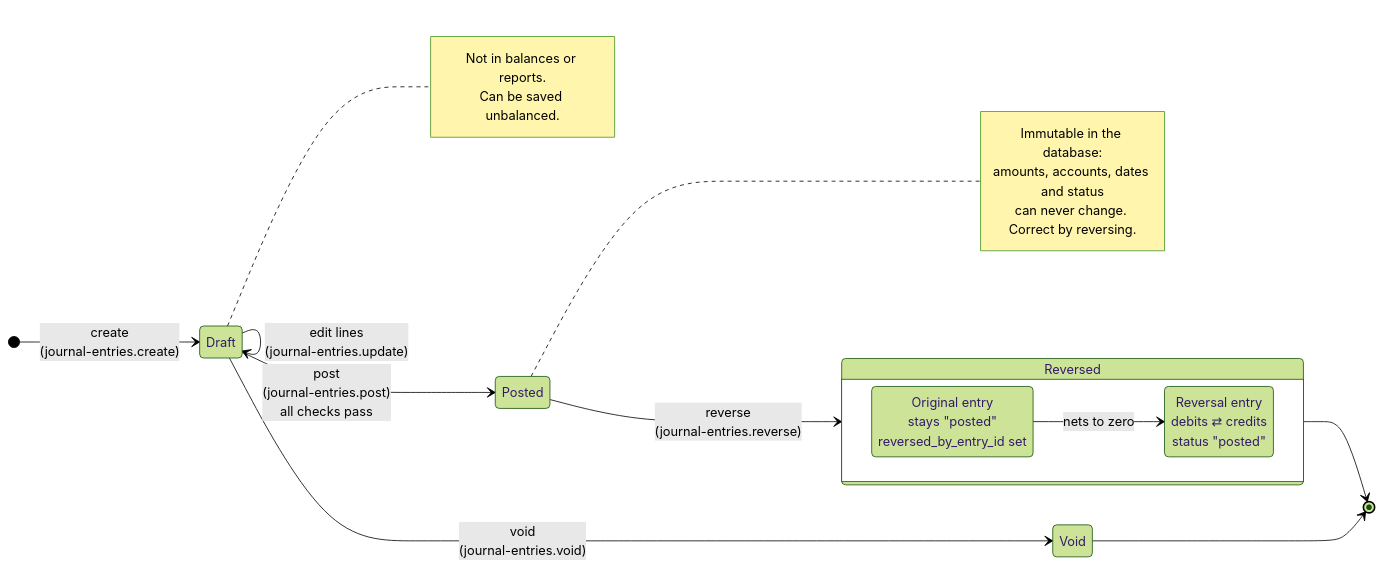
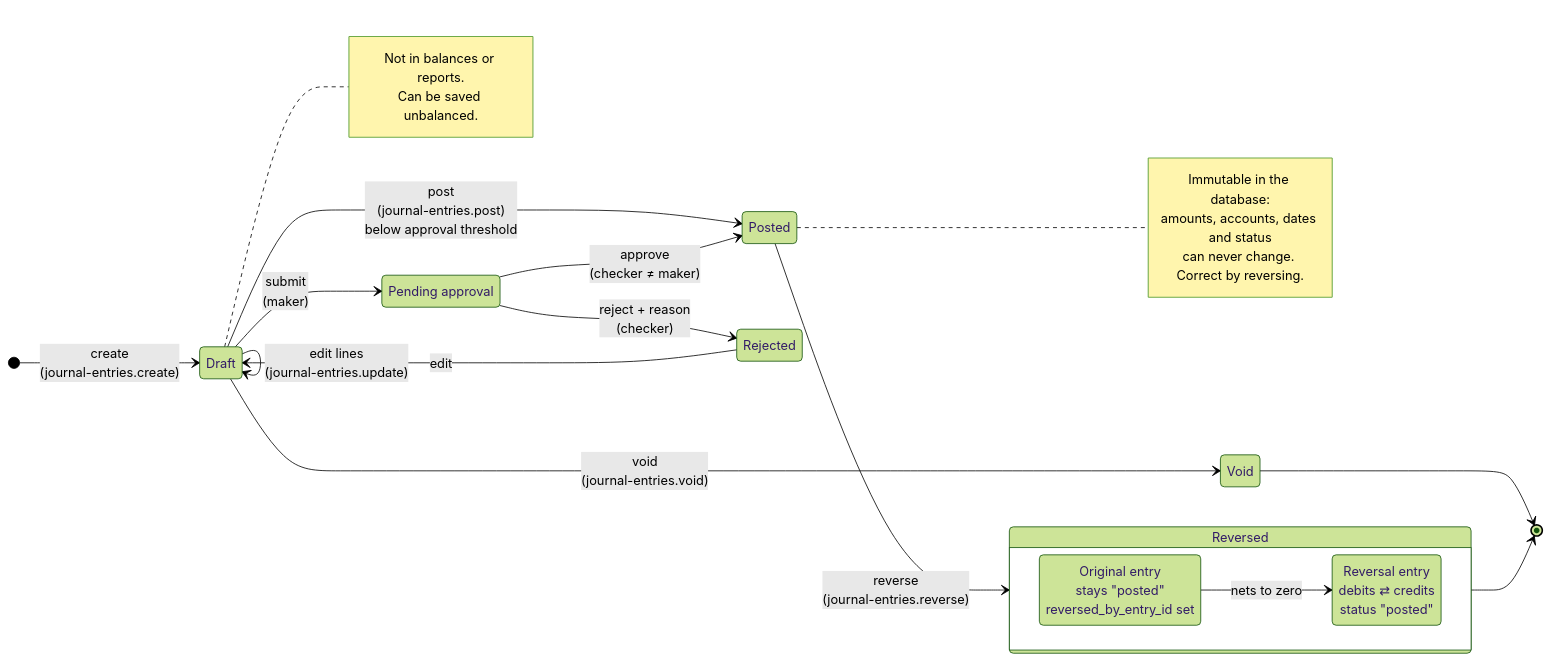
The diagram in docs/diagrams/03-journal-lifecycle.mmd (alimarchal/laravel-chart-of-accounts-package), drawn with Mermaid (forest theme) before and after one commit. The commit also changed 43 other files, not shown here.

First line of the commit message:
Paginated cash flow, one-command upgrades, docs for 2.1

```diff
--- a/docs/diagrams/03-journal-lifecycle.mmd
+++ b/docs/diagrams/03-journal-lifecycle.mmd
@@ -1,30 +1,37 @@
 stateDiagram-v2
     direction LR
     [*] --> Draft: create<br/>(journal-entries.create)
 
     Draft --> Draft: edit lines<br/>(journal-entries.update)
-    Draft --> Posted: post<br/>(journal-entries.post)<br/>all checks pass
+    Draft --> Posted: post<br/>(journal-entries.post)<br/>below approval threshold
+    Draft --> Pending: submit<br/>(maker)
+    Pending --> Posted: approve<br/>(checker ≠ maker)
+    Pending --> Rejected: reject + reason<br/>(checker)
+    Rejected --> Draft: edit
     Draft --> Void: void<br/>(journal-entries.void)
+
+    state "Pending approval" as Pending
+    state "Rejected" as Rejected
 
     Posted --> Reversed: reverse<br/>(journal-entries.reverse)
 
     state Reversed {
         direction LR
         Original: Original entry<br/>stays "posted"<br/>reversed_by_entry_id set
         Mirror: Reversal entry<br/>debits ⇄ credits<br/>status "posted"
         Original --> Mirror: nets to zero
     }
 
     Void --> [*]
     Reversed --> [*]
 
     note right of Posted
         Immutable in the database:
         amounts, accounts, dates and status
         can never change. Correct by reversing.
     end note
 
     note right of Draft
         Not in balances or reports.
         Can be saved unbalanced.
     end note
```
